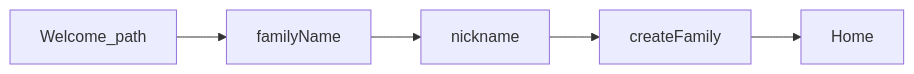
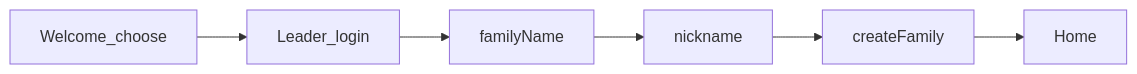
Before and after one commit to gogleset/yakmuk: the first of 3 diagrams in docs/brand/funnels.md, drawn with Mermaid. The commit also changed other lines of this file and 5 other files, not shown here.

````diff
--- a/docs/brand/funnels.md
+++ b/docs/brand/funnels.md
@@ -77,7 +78,8 @@
 ```mermaid
 flowchart LR
-  W[Welcome_path] --> S1[familyName]
+  choose[Welcome_choose] --> login[Leader_login]
+  login --> S1[familyName]
   S1 --> S2[nickname]
   S2 --> Done[createFamily]
   Done --> Home
 ```
````
